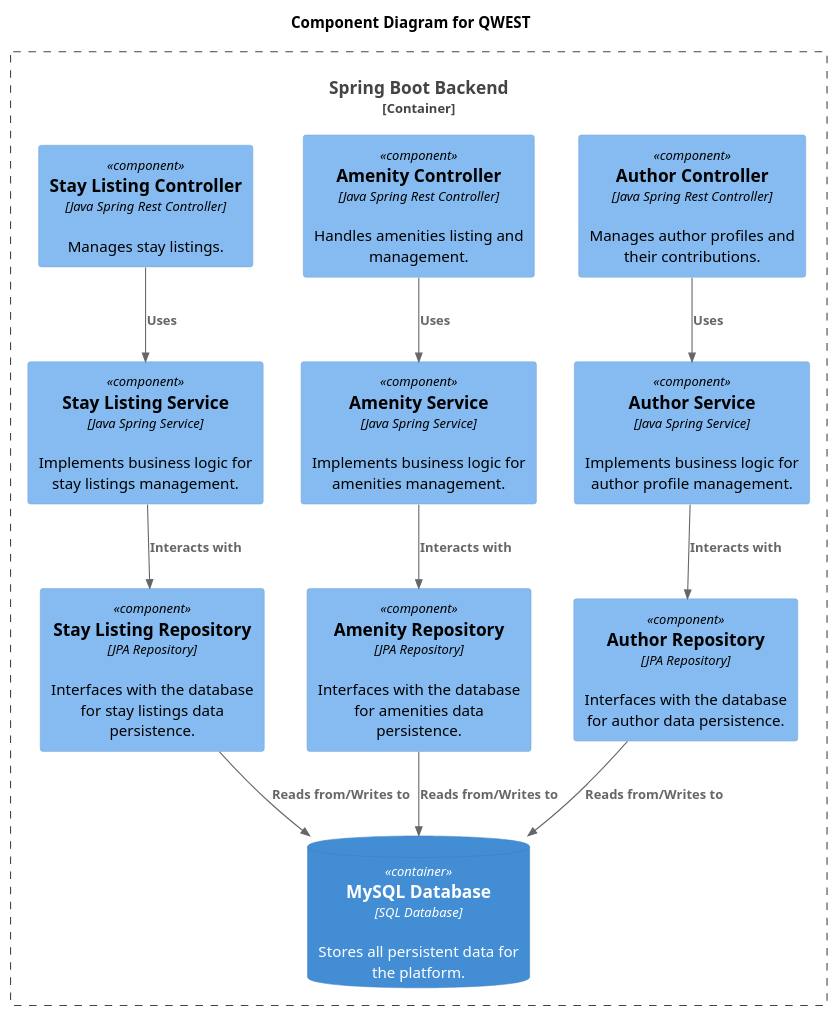
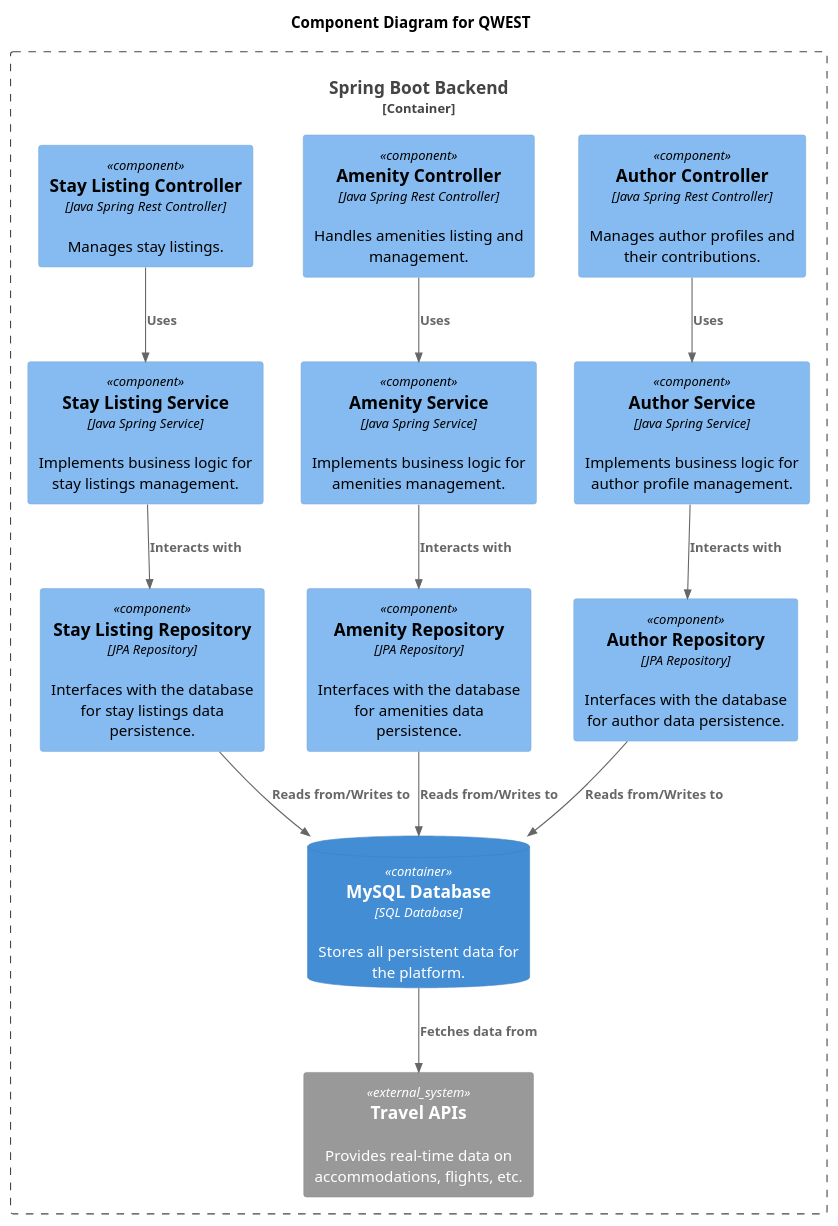
Before and after one commit to shev0k/qwest-be: the diagram in Documentation/Diagrams/C3.puml, drawn with PlantUML. The commit also changed 23 other files, not shown here.

```diff
--- a/Documentation/Diagrams/C3.puml
+++ b/Documentation/Diagrams/C3.puml
@@ -1,34 +1,37 @@
 @startuml
 !includeurl https://raw.githubusercontent.com/RicardoNiepel/C4-PlantUML/master/C4_Component.puml
 
 title Component Diagram for QWEST
 
 Container_Boundary(api, "Spring Boot Backend") {
     Component(authorController, "Author Controller", "Java Spring Rest Controller", "Manages author profiles and their contributions.")
     Component(amenityController, "Amenity Controller", "Java Spring Rest Controller", "Handles amenities listing and management.")
     Component(stayListingController, "Stay Listing Controller", "Java Spring Rest Controller", "Manages stay listings.")
 
     Component(authorService, "Author Service", "Java Spring Service", "Implements business logic for author profile management.")
     Component(amenityService, "Amenity Service", "Java Spring Service", "Implements business logic for amenities management.")
     Component(stayListingService, "Stay Listing Service", "Java Spring Service", "Implements business logic for stay listings management.")
 
     Component(authorRepo, "Author Repository", "JPA Repository", "Interfaces with the database for author data persistence.")
     Component(amenityRepo, "Amenity Repository", "JPA Repository", "Interfaces with the database for amenities data persistence.")
     Component(stayListingRepo, "Stay Listing Repository", "JPA Repository", "Interfaces with the database for stay listings data persistence.")
 
     ContainerDb(database, "MySQL Database", "SQL Database", "Stores all persistent data for the platform.")
 
     Rel(authorController, authorService, "Uses")
     Rel(amenityController, amenityService, "Uses")
     Rel(stayListingController, stayListingService, "Uses")
 
     Rel(authorService, authorRepo, "Interacts with")
     Rel(amenityService, amenityRepo, "Interacts with")
     Rel(stayListingService, stayListingRepo, "Interacts with")
 
     Rel(authorRepo, database, "Reads from/Writes to")
     Rel(amenityRepo, database, "Reads from/Writes to")
     Rel(stayListingRepo, database, "Reads from/Writes to")
+
+    System_Ext(travelAPIs, "Travel APIs", "Provides real-time data on accommodations, flights, etc.")
+    Rel(database, travelAPIs, "Fetches data from")
 }
 
 @enduml
```
